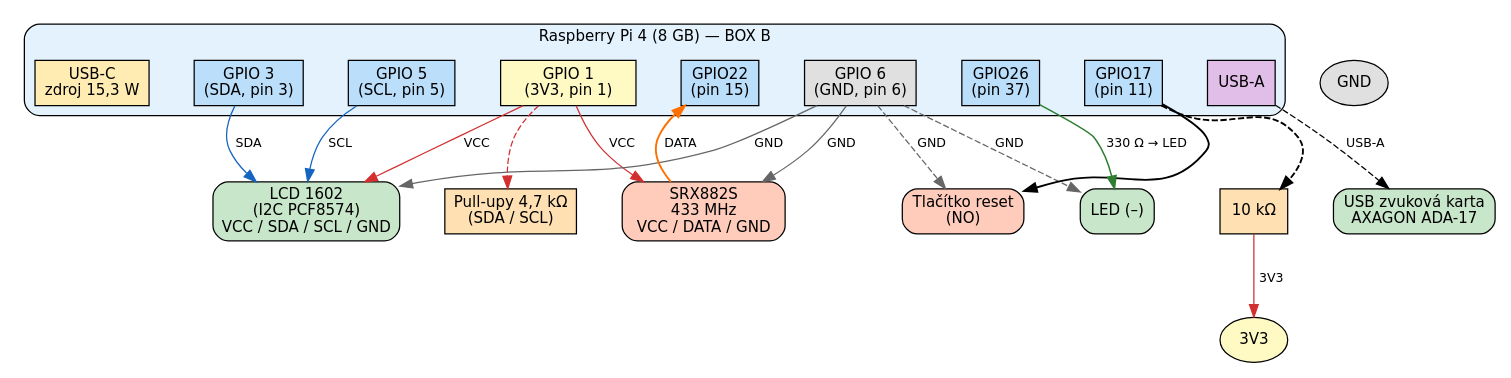
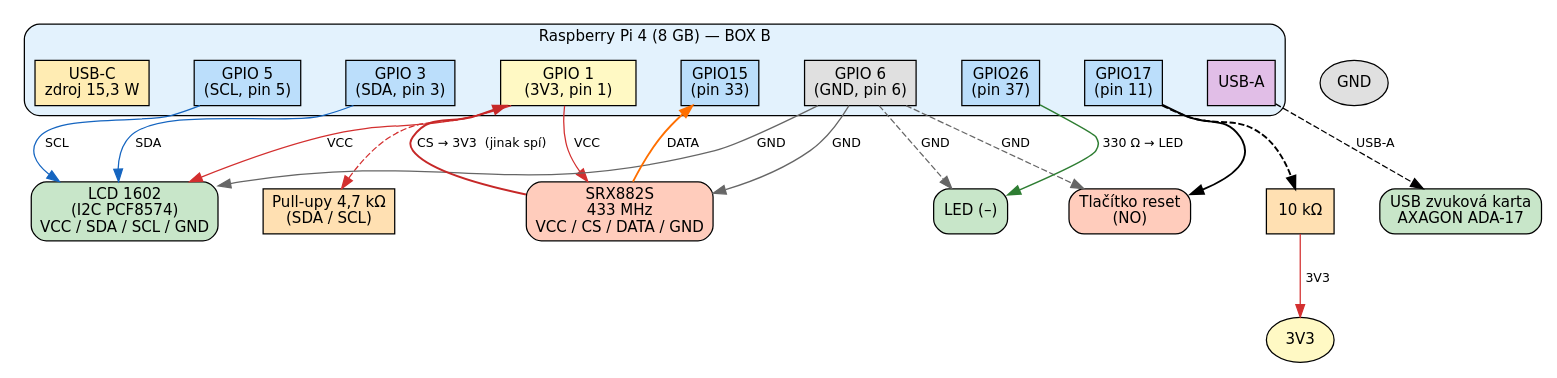
One commit to K0F/1938_ABC changed the diagram in docs/dot/sch_06a_box_b_gpio.dot. Above: the diagram before and after it, drawn with Graphviz. The commit also changed 10 other files, not shown here.

First line of the commit message:
box B: 433 MHz přijímač — DATA na GPIO15, chybějící CS pin

```diff
--- a/docs/dot/sch_06a_box_b_gpio.dot
+++ b/docs/dot/sch_06a_box_b_gpio.dot
@@ -1,66 +1,67 @@
 // SCH §3 — BOX B GPIO wiring
 digraph G {
     graph [fontname="DejaVu Sans" rankdir=TB bgcolor="white" nodesep=0.5 ranksep=0.7];
 node [fontname="DejaVu Sans" fontsize=12 style="filled"];
 edge [fontname="DejaVu Sans" fontsize=10];
 
 // Pi 4 GPIO pins
 subgraph cluster_pi {
     label="Raspberry Pi 4 (8 GB) — BOX B";
     style="filled,rounded";
     fillcolor="#e3f2fd";
     fontsize=12;
 
     pin1 [label="GPIO 1\n(3V3, pin 1)" shape=box fillcolor="#fff9c4" width=1.5];
     pin3 [label="GPIO 3\n(SDA, pin 3)" shape=box fillcolor="#bbdefb"];
     pin5 [label="GPIO 5\n(SCL, pin 5)" shape=box fillcolor="#bbdefb"];
     pin6 [label="GPIO 6\n(GND, pin 6)" shape=box fillcolor="#e0e0e0"];
     pin11 [label="GPIO17\n(pin 11)" shape=box fillcolor="#bbdefb"];
-    pin15 [label="GPIO22\n(pin 15)" shape=box fillcolor="#bbdefb"];
+    pin33 [label="GPIO15\n(pin 33)" shape=box fillcolor="#bbdefb"];
     pin37 [label="GPIO26\n(pin 37)" shape=box fillcolor="#bbdefb"];
     usb_a [label="USB-A" shape=box fillcolor="#e1bee7"];
     usb_c [label="USB-C\nzdroj 15,3 W" shape=box fillcolor="#ffecb3"];
 }
 
 // Peripherals
 lcd [label="LCD 1602\n(I2C PCF8574)\nVCC / SDA / SCL / GND" shape=box style="filled,rounded" fillcolor="#c8e6c9" width=2];
-srx [label="SRX882S\n433 MHz\nVCC / DATA / GND" shape=box style="filled,rounded" fillcolor="#ffccbc" width=1.8];
+srx [label="SRX882S\n433 MHz\nVCC / CS / DATA / GND" shape=box style="filled,rounded" fillcolor="#ffccbc" width=1.8];
 pullups [label="Pull-upy 4,7 kΩ\n(SDA / SCL)" shape=box fillcolor="#ffe0b2"];
 tlacitko [label="Tlačítko reset\n(NO)" shape=box style="filled,rounded" fillcolor="#ffccbc"];
 led_gnd [label="LED (–)" shape=box style="filled,rounded" fillcolor="#c8e6c9"];
 pullup10k [label="10 kΩ" shape=box fillcolor="#ffe0b2"];
 gnd_btn [label="GND" shape=oval fillcolor="#e0e0e0"];
 
 // Power
 v33 [label="3V3" shape=oval fillcolor="#fff9c4"];
 
 // 3V3 connections
 pin1 -> lcd [label="  VCC  " color="#d32f2f"];
 pin1 -> srx [label="  VCC  " color="#d32f2f"];
 pin1 -> pullups [label="  " color="#d32f2f" style=dashed];
 
 // I2C
 pin3 -> lcd [label="  SDA  " color="#1565c0"];
 pin5 -> lcd [label="  SCL  " color="#1565c0"];
 
 // GND
 pin6 -> lcd [label="  GND  " color="#666666"];
 pin6 -> srx [label="  GND  " color="#666666"];
 pin6 -> tlacitko [label="  GND  " color="#666666" style=dashed];
 pin6 -> led_gnd [label="  GND  " color="#666666" style=dashed];
 
 // Reset button
 pin11 -> tlacitko [label="  " penwidth=1.5];
 pin11 -> pullup10k [label="  " penwidth=1.5 style=dashed];
 pullup10k -> v33 [label="  3V3  " color="#d32f2f"];
 
 // RF data
-srx -> pin15 [label="  DATA  " color="#ff6f00" penwidth=1.5];
+srx -> pin33 [label="  DATA  " color="#ff6f00" penwidth=1.5];
+srx -> pin1 [label="  CS → 3V3  (jinak spí)  " color="#c62828" penwidth=1.5];
 
 // LED
 pin37 -> led_gnd [label="  330 Ω → LED  " color="#2e7d32" penwidth=1.2];
 
 // USB
 zvuk [label="USB zvuková karta\nAXAGON ADA-17" shape=box style="filled,rounded" fillcolor="#c8e6c9"];
 usb_a -> zvuk [label="  USB-A  " style=dashed];
 }
```
